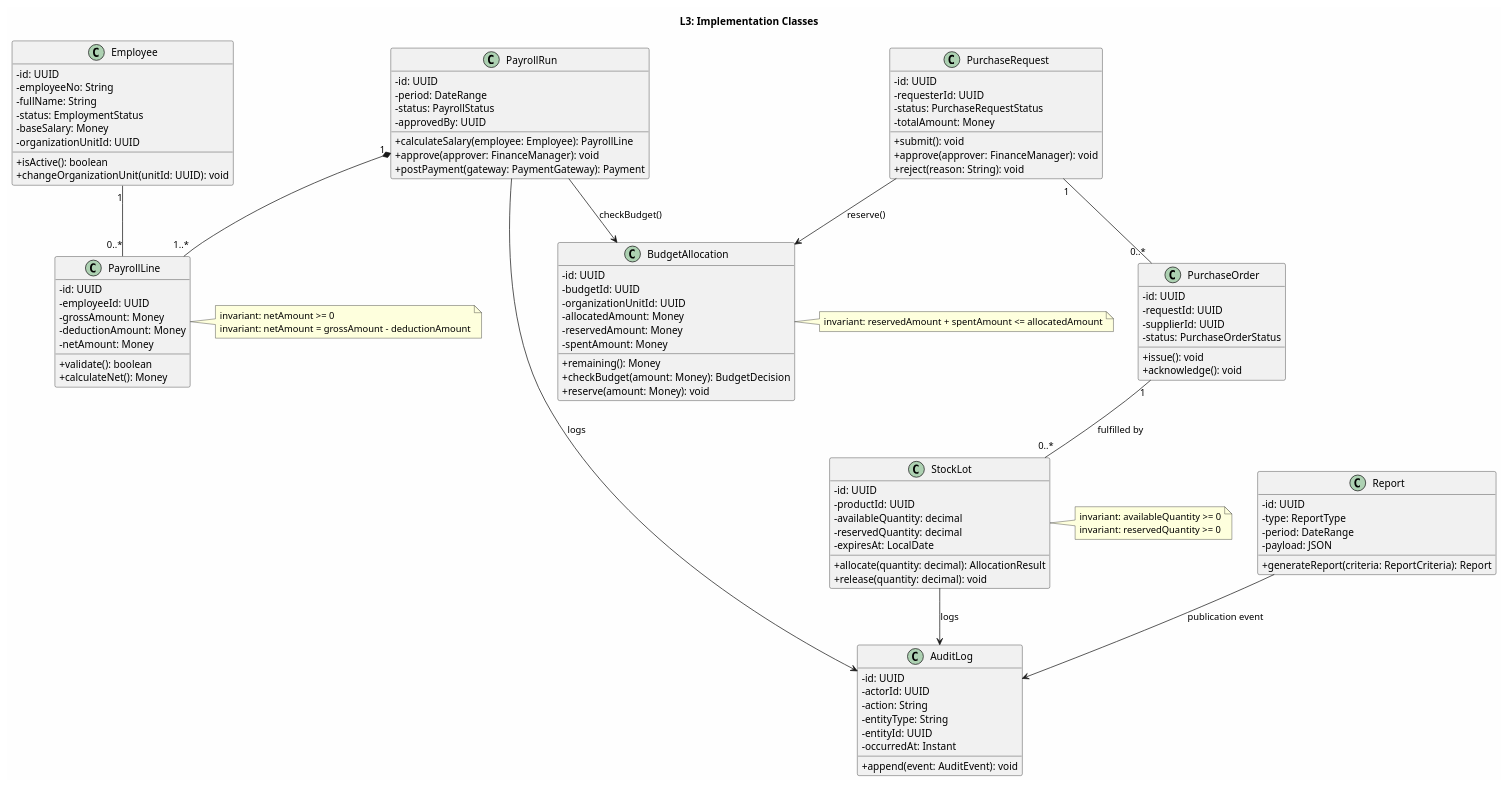
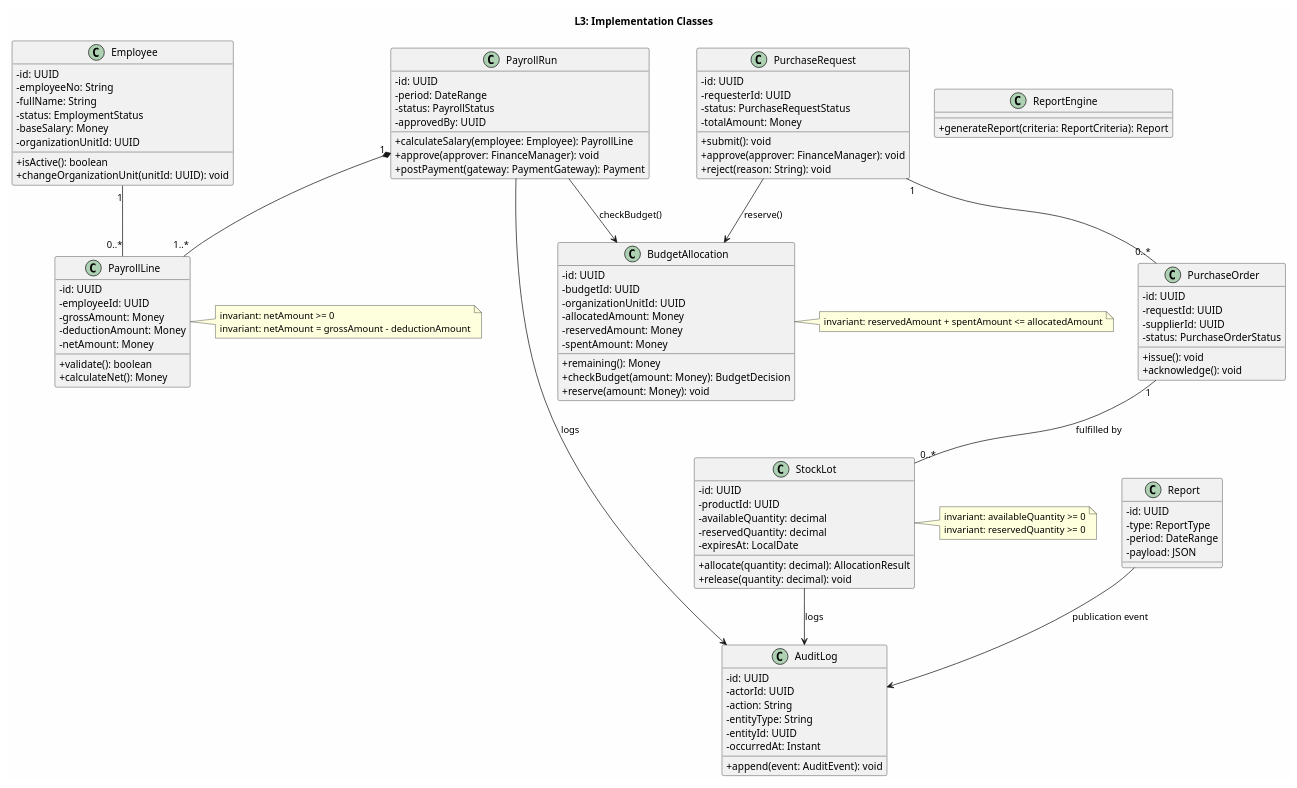
The third of 12 diagrams in docs/02_architecture/ARCH_integrated-hr-finance-procurement-uml-structural-1_v1.md (Shakour-Data/BedaanWaves), drawn with PlantUML before and after one commit. The commit also changed other lines of this file and 18 other files, not shown here.

Commit message:
Update middleware, API routes, gateway, tracing, rate limiter, main, and architecture diagrams

````diff
--- a/docs/02_architecture/ARCH_integrated-hr-finance-procurement-uml-structural-1_v1.md
+++ b/docs/02_architecture/ARCH_integrated-hr-finance-procurement-uml-structural-1_v1.md
@@ -234,6 +234,9 @@
   -type: ReportType
   -period: DateRange
   -payload: JSON
+}
+
+class ReportEngine {
   +generateReport(criteria: ReportCriteria): Report
 }
 
@@ -260,16 +263,16 @@
 note right of PayrollLine
   invariant: netAmount >= 0
   invariant: netAmount = grossAmount - deductionAmount
-end note
+endnote
 
 note right of BudgetAllocation
   invariant: reservedAmount + spentAmount <= allocatedAmount
-end note
+endnote
 
 note right of StockLot
   invariant: availableQuantity >= 0
   invariant: reservedQuantity >= 0
-end note
+endnote
 
 @enduml
 ```
````
